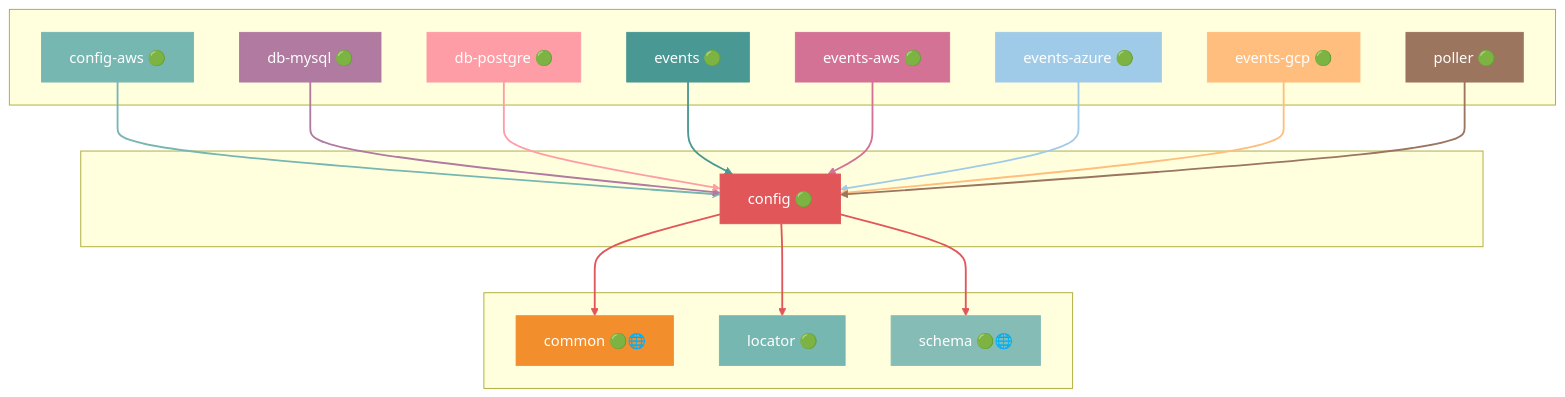
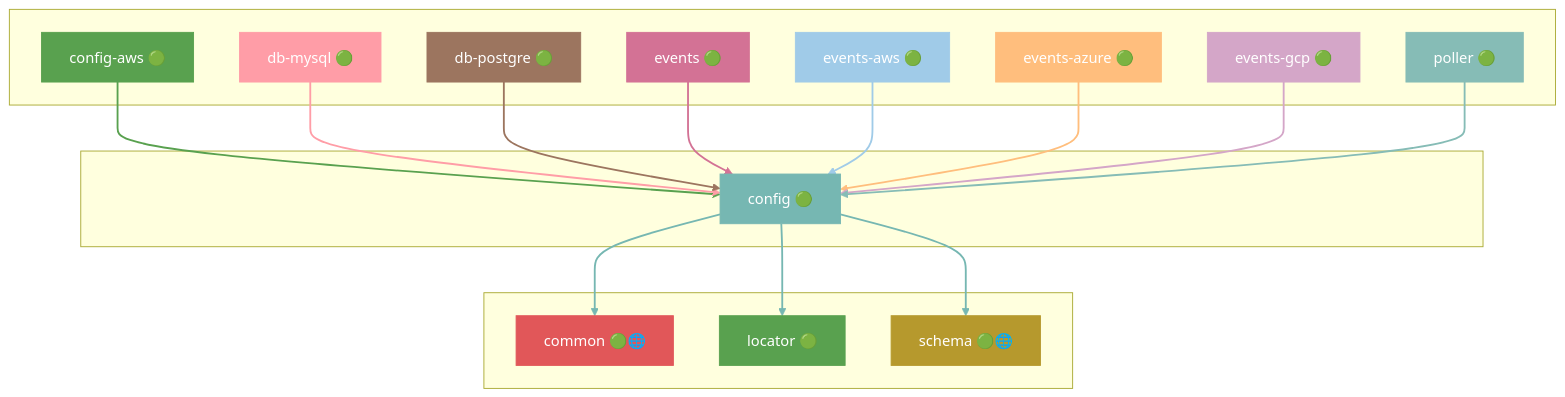
Before and after one commit to grest-ts/grest-ts: the fifth of 42 diagrams in docs/DEPENDENCIES.md, drawn with Mermaid. The commit also changed other lines of this file and 11 other files, not shown here.

````diff
--- a/docs/DEPENDENCIES.md
+++ b/docs/DEPENDENCIES.md
@@ -443,55 +497,55 @@
 ```mermaid
 flowchart TB
     subgraph Dependents[" "]
         config-aws["config-aws 🟢"]
         db-mysql["db-mysql 🟢"]
         db-postgre["db-postgre 🟢"]
         events["events 🟢"]
         events-aws["events-aws 🟢"]
         events-azure["events-azure 🟢"]
         events-gcp["events-gcp 🟢"]
         poller["poller 🟢"]
     end
     subgraph Package[" "]
         config["config 🟢"]
     end
     subgraph Dependencies[" "]
         common["common 🟢🌐"]
         locator["locator 🟢"]
         schema["schema 🟢🌐"]
     end
     config-aws --> config
     db-mysql --> config
     db-postgre --> config
     events --> config
     events-aws --> config
     events-azure --> config
     events-gcp --> config
     poller --> config
     config --> common
     config --> locator
     config --> schema
-    style config fill:#E15759,stroke:#E15759,color:#fff
-    style config-aws fill:#76B7B2,stroke:#76B7B2,color:#fff
-    style db-mysql fill:#B07AA1,stroke:#B07AA1,color:#fff
-    style db-postgre fill:#FF9DA7,stroke:#FF9DA7,color:#fff
-    style events fill:#499894,stroke:#499894,color:#fff
-    style events-aws fill:#D37295,stroke:#D37295,color:#fff
-    style events-azure fill:#A0CBE8,stroke:#A0CBE8,color:#fff
-    style events-gcp fill:#FFBE7D,stroke:#FFBE7D,color:#fff
-    style poller fill:#9C755F,stroke:#9C755F,color:#fff
-    style common fill:#F28E2B,stroke:#F28E2B,color:#fff
-    style locator fill:#76B7B2,stroke:#76B7B2,color:#fff
-    style schema fill:#86BCB6,stroke:#86BCB6,color:#fff
-    linkStyle 0 stroke:#76B7B2,stroke-width:2px
-    linkStyle 1 stroke:#B07AA1,stroke-width:2px
-    linkStyle 2 stroke:#FF9DA7,stroke-width:2px
-    linkStyle 3 stroke:#499894,stroke-width:2px
-    linkStyle 4 stroke:#D37295,stroke-width:2px
-    linkStyle 5 stroke:#A0CBE8,stroke-width:2px
-    linkStyle 6 stroke:#FFBE7D,stroke-width:2px
-    linkStyle 7 stroke:#9C755F,stroke-width:2px
-    linkStyle 8 stroke:#E15759,stroke-width:2px
-    linkStyle 9 stroke:#E15759,stroke-width:2px
-    linkStyle 10 stroke:#E15759,stroke-width:2px
+    style config fill:#76B7B2,stroke:#76B7B2,color:#fff
+    style config-aws fill:#59A14F,stroke:#59A14F,color:#fff
+    style db-mysql fill:#FF9DA7,stroke:#FF9DA7,color:#fff
+    style db-postgre fill:#9C755F,stroke:#9C755F,color:#fff
+    style events fill:#D37295,stroke:#D37295,color:#fff
+    style events-aws fill:#A0CBE8,stroke:#A0CBE8,color:#fff
+    style events-azure fill:#FFBE7D,stroke:#FFBE7D,color:#fff
+    style events-gcp fill:#D4A6C8,stroke:#D4A6C8,color:#fff
+    style poller fill:#86BCB6,stroke:#86BCB6,color:#fff
+    style common fill:#E15759,stroke:#E15759,color:#fff
+    style locator fill:#59A14F,stroke:#59A14F,color:#fff
+    style schema fill:#B6992D,stroke:#B6992D,color:#fff
+    linkStyle 0 stroke:#59A14F,stroke-width:2px
+    linkStyle 1 stroke:#FF9DA7,stroke-width:2px
+    linkStyle 2 stroke:#9C755F,stroke-width:2px
+    linkStyle 3 stroke:#D37295,stroke-width:2px
+    linkStyle 4 stroke:#A0CBE8,stroke-width:2px
+    linkStyle 5 stroke:#FFBE7D,stroke-width:2px
+    linkStyle 6 stroke:#D4A6C8,stroke-width:2px
+    linkStyle 7 stroke:#86BCB6,stroke-width:2px
+    linkStyle 8 stroke:#76B7B2,stroke-width:2px
+    linkStyle 9 stroke:#76B7B2,stroke-width:2px
+    linkStyle 10 stroke:#76B7B2,stroke-width:2px
 ```
````
